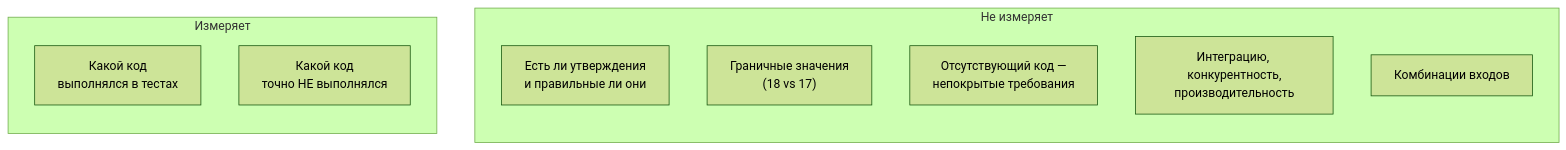
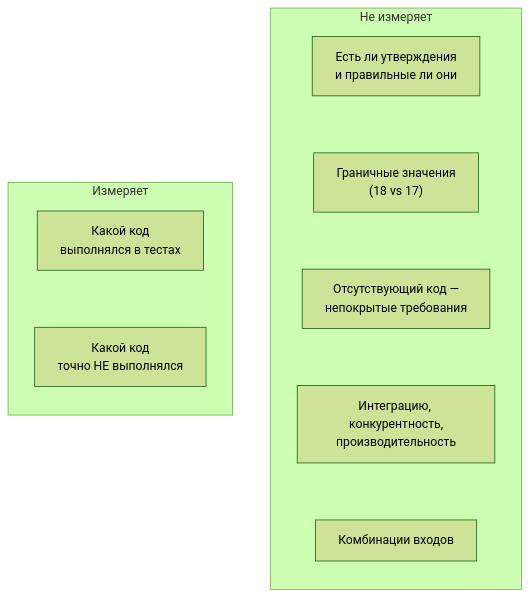
One commit to sh-sharifjonov/DotnetQuestionsForMiddle changed the second of 2 diagrams in content/06-testing/10-code-coverage.md. Above: the diagram before and after it, drawn with Mermaid (forest theme). The commit also changed 1 other file, not shown here.

Commit message:
Add detailed Testing pages
Claude-Session: https://claude.ai/code/session_01XXFkHQ328pTE4yHPLrtbYb

````diff
--- a/content/06-testing/10-code-coverage.md
+++ b/content/06-testing/10-code-coverage.md
@@ -89,16 +89,18 @@
 ```mermaid Что измеряет и что нет
 flowchart TB
     subgraph NO["Не измеряет"]
         direction TB
         N1["Есть ли утверждения<br/>и правильные ли они"]
         N2["Граничные значения<br/>(18 vs 17)"]
         N3["Отсутствующий код —<br/>непокрытые требования"]
         N4["Интеграцию, конкурентность,<br/>производительность"]
         N5["Комбинации входов"]
+        N1 ~~~ N2 ~~~ N3 ~~~ N4 ~~~ N5
     end
     subgraph YES["Измеряет"]
         direction TB
         Y1["Какой код<br/>выполнялся в тестах"]
         Y2["Какой код<br/>точно НЕ выполнялся"]:::good
+        Y1 ~~~ Y2
     end
 ```
````
